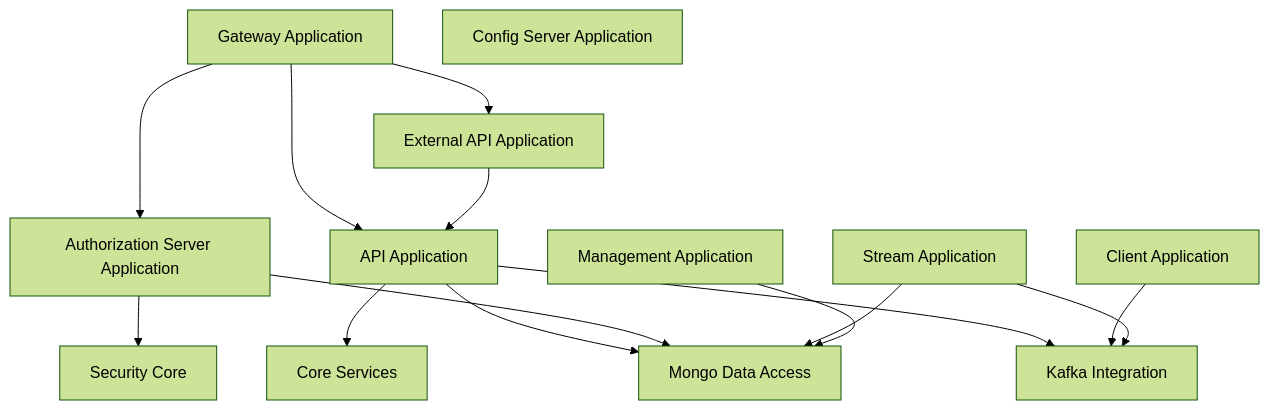
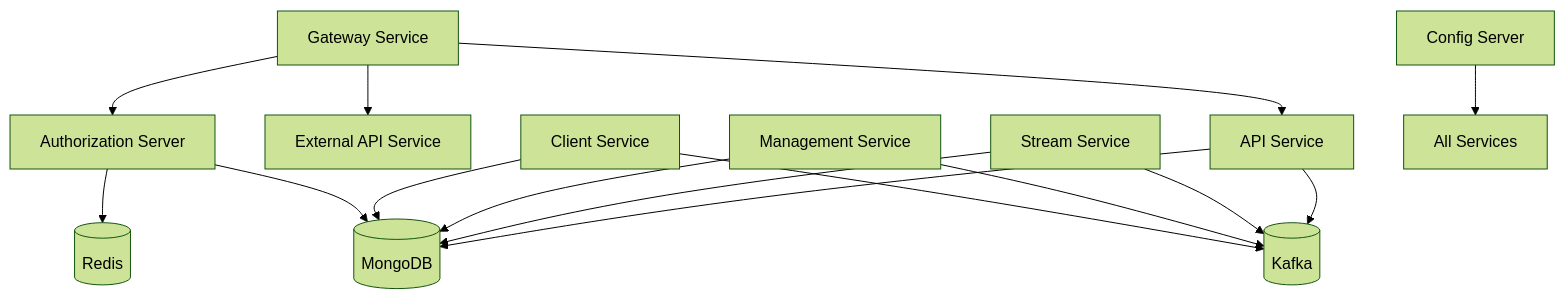
Before and after one commit to Praesto-Pro/openframe-oss-tenant: the diagram in docs/architecture/diagrams/service-applications.mmd, drawn with Mermaid (forest theme). The commit also changed 214 other files, not shown here.

```diff
--- a/docs/architecture/diagrams/service-applications.mmd
+++ b/docs/architecture/diagrams/service-applications.mmd
@@ -1,20 +1,21 @@
 flowchart TD
-    Gateway["Gateway Application"] --> API["API Application"]
-    Gateway --> ExternalAPI["External API Application"]
-    Gateway --> AuthZ["Authorization Server Application"]
+    Gateway["Gateway Service"] --> API["API Service"]
+    Gateway --> ExternalAPI["External API Service"]
+    Gateway --> Auth["Authorization Server"]
 
-    API --> Mongo["Mongo Data Access"]
-    API --> Kafka["Kafka Integration"]
-    API --> Core["Core Services"]
+    API --> Mongo[("MongoDB")]
+    API --> Kafka[("Kafka")]
 
-    ExternalAPI --> API
-
-    AuthZ --> Mongo
-    AuthZ --> Security["Security Core"]
-
-    Client["Client Application"] --> Kafka
-    Stream["Stream Application"] --> Kafka
+    Stream["Stream Service"] --> Kafka
     Stream --> Mongo
 
-    Management["Management Application"] --> Mongo
-    Config["Config Server Application"]
+    Management["Management Service"] --> Mongo
+    Management --> Kafka
+
+    Client["Client Service"] --> Kafka
+    Client --> Mongo
+
+    Auth --> Mongo
+    Auth --> Redis[("Redis")]
+
+    Config["Config Server"] --> Services["All Services"]
```
